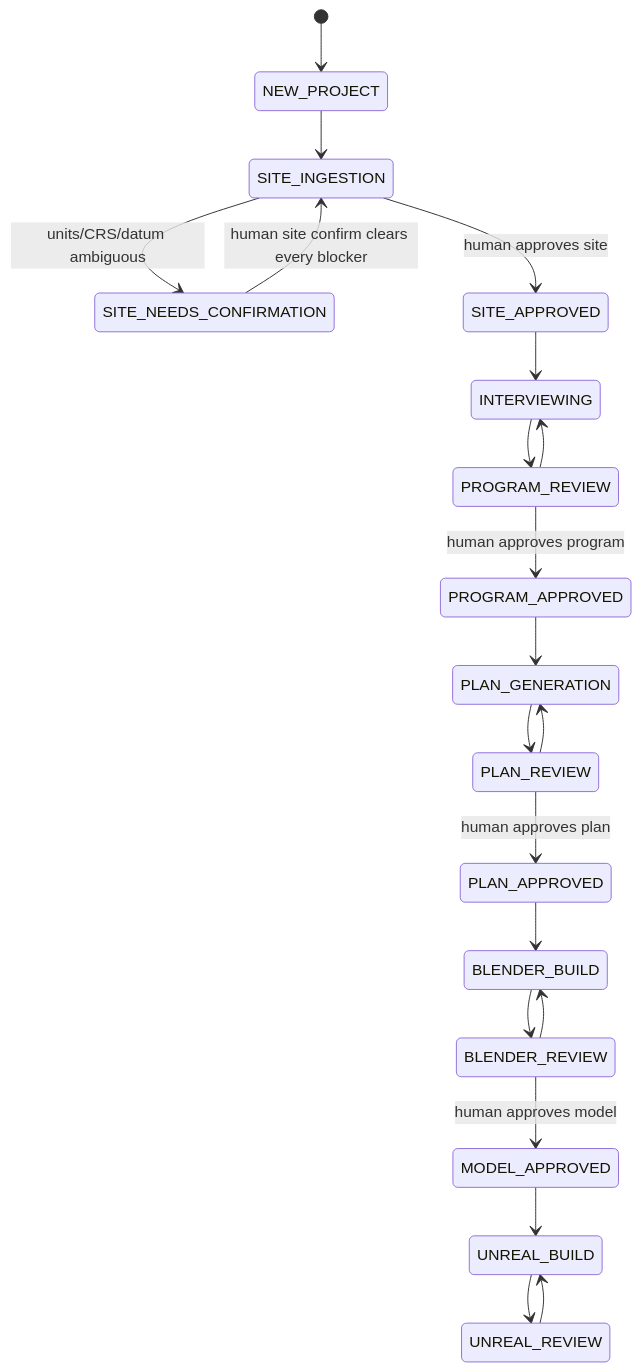
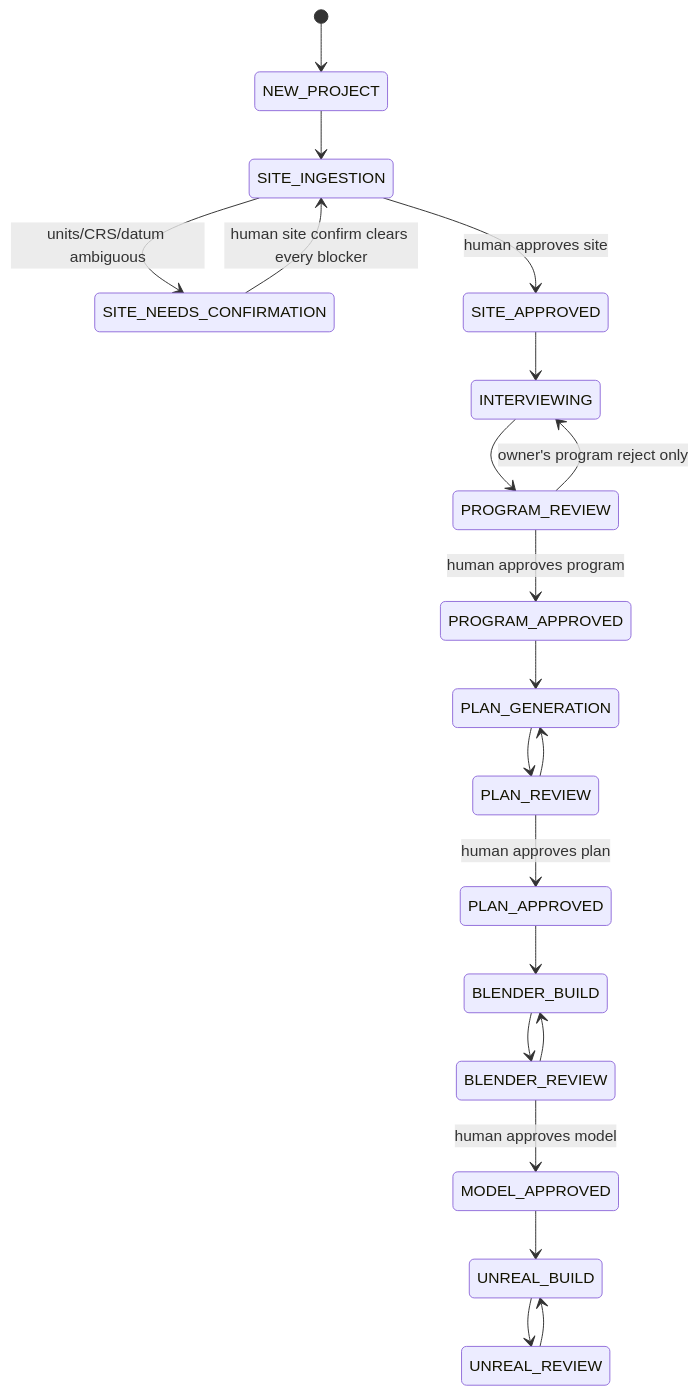
Before and after one commit to eqaderi/house-plans: the diagram in docs/ARCHITECTURE.md, drawn with Mermaid. The commit also changed other lines of this file and 6 other files, not shown here.

First line of the commit message:
fix: only program reject leaves program review (refs #20)

````diff
--- a/docs/ARCHITECTURE.md
+++ b/docs/ARCHITECTURE.md
@@ -115,23 +115,23 @@
 ```mermaid
 stateDiagram-v2
     [*] --> NEW_PROJECT
     NEW_PROJECT --> SITE_INGESTION
     SITE_INGESTION --> SITE_NEEDS_CONFIRMATION: units/CRS/datum ambiguous
     SITE_NEEDS_CONFIRMATION --> SITE_INGESTION: human site confirm clears every blocker
     SITE_INGESTION --> SITE_APPROVED: human approves site
     SITE_APPROVED --> INTERVIEWING
     INTERVIEWING --> PROGRAM_REVIEW
-    PROGRAM_REVIEW --> INTERVIEWING
+    PROGRAM_REVIEW --> INTERVIEWING: owner's program reject only
     PROGRAM_REVIEW --> PROGRAM_APPROVED: human approves program
     PROGRAM_APPROVED --> PLAN_GENERATION
     PLAN_GENERATION --> PLAN_REVIEW
     PLAN_REVIEW --> PLAN_GENERATION
     PLAN_REVIEW --> PLAN_APPROVED: human approves plan
     PLAN_APPROVED --> BLENDER_BUILD
     BLENDER_BUILD --> BLENDER_REVIEW
     BLENDER_REVIEW --> BLENDER_BUILD
     BLENDER_REVIEW --> MODEL_APPROVED: human approves model
     MODEL_APPROVED --> UNREAL_BUILD
     UNREAL_BUILD --> UNREAL_REVIEW
     UNREAL_REVIEW --> UNREAL_BUILD
 ```
````
